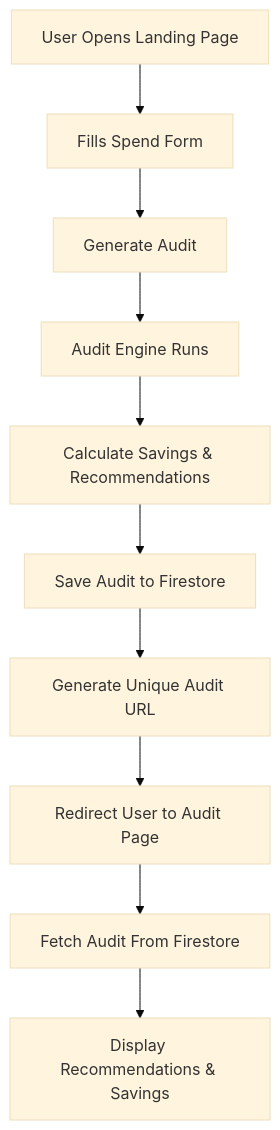
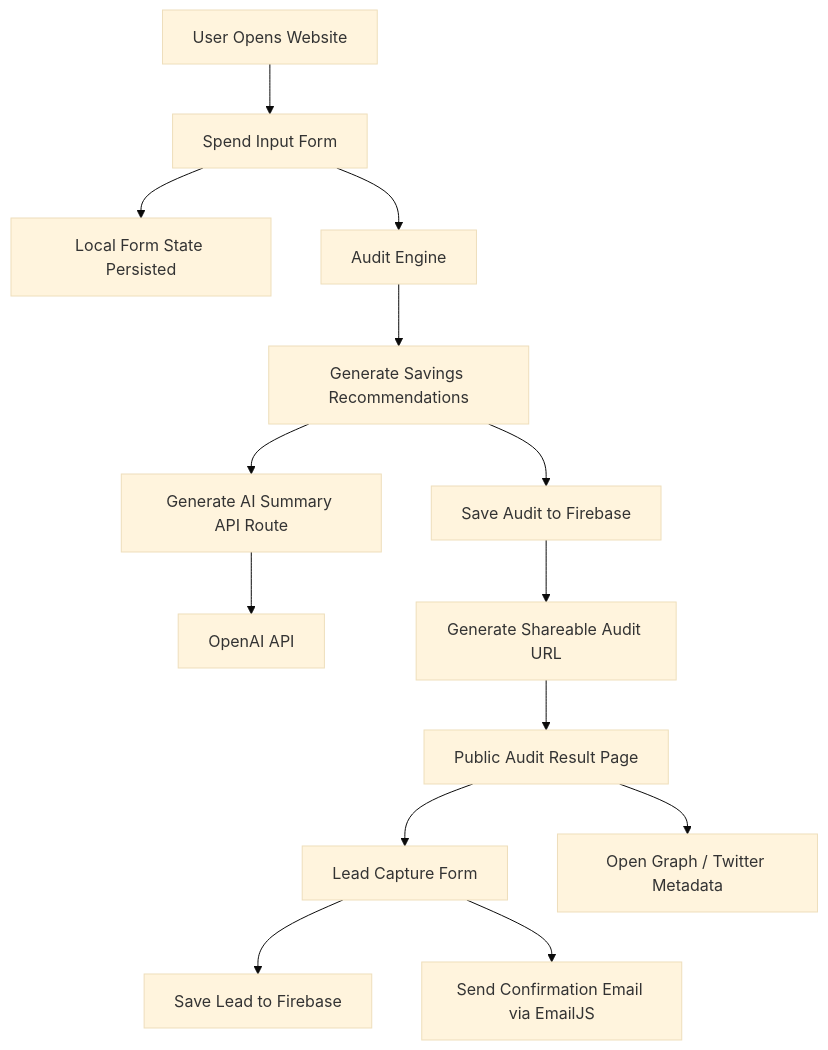
The diagram in ARCHITECTURE.md (yuvika-09/credex-ai-audit), drawn with Mermaid (base theme) before and after one commit. The commit also changed other lines of this file, not shown here.

Commit message:
docs: update architecture

````diff
--- a/ARCHITECTURE.md
+++ b/ARCHITECTURE.md
@@ -96,22 +25,31 @@
 ```mermaid
 flowchart TD
 
-A[User Opens Landing Page]
---> B[Fills Spend Form]
+    A[User Opens Website]
 
-B --> C[Generate Audit]
+    --> B[Spend Input Form]
 
-C --> D[Audit Engine Runs]
+    B --> C[Local Form State Persisted]
 
-D --> E[Calculate Savings & Recommendations]
+    B --> D[Audit Engine]
 
-E --> F[Save Audit to Firestore]
+    D --> E[Generate Savings Recommendations]
 
-F --> G[Generate Unique Audit URL]
+    E --> F[Generate AI Summary API Route]
 
-G --> H[Redirect User to Audit Page]
+    F --> G[OpenAI API]
 
-H --> I[Fetch Audit From Firestore]
+    E --> H[Save Audit to Firebase]
 
-I --> J[Display Recommendations & Savings]
+    H --> I[Generate Shareable Audit URL]
+
+    I --> J[Public Audit Result Page]
+
+    J --> K[Lead Capture Form]
+
+    K --> L[Save Lead to Firebase]
+
+    K --> M[Send Confirmation Email via EmailJS]
+
+    J --> N[Open Graph / Twitter Metadata]
 ```
````
